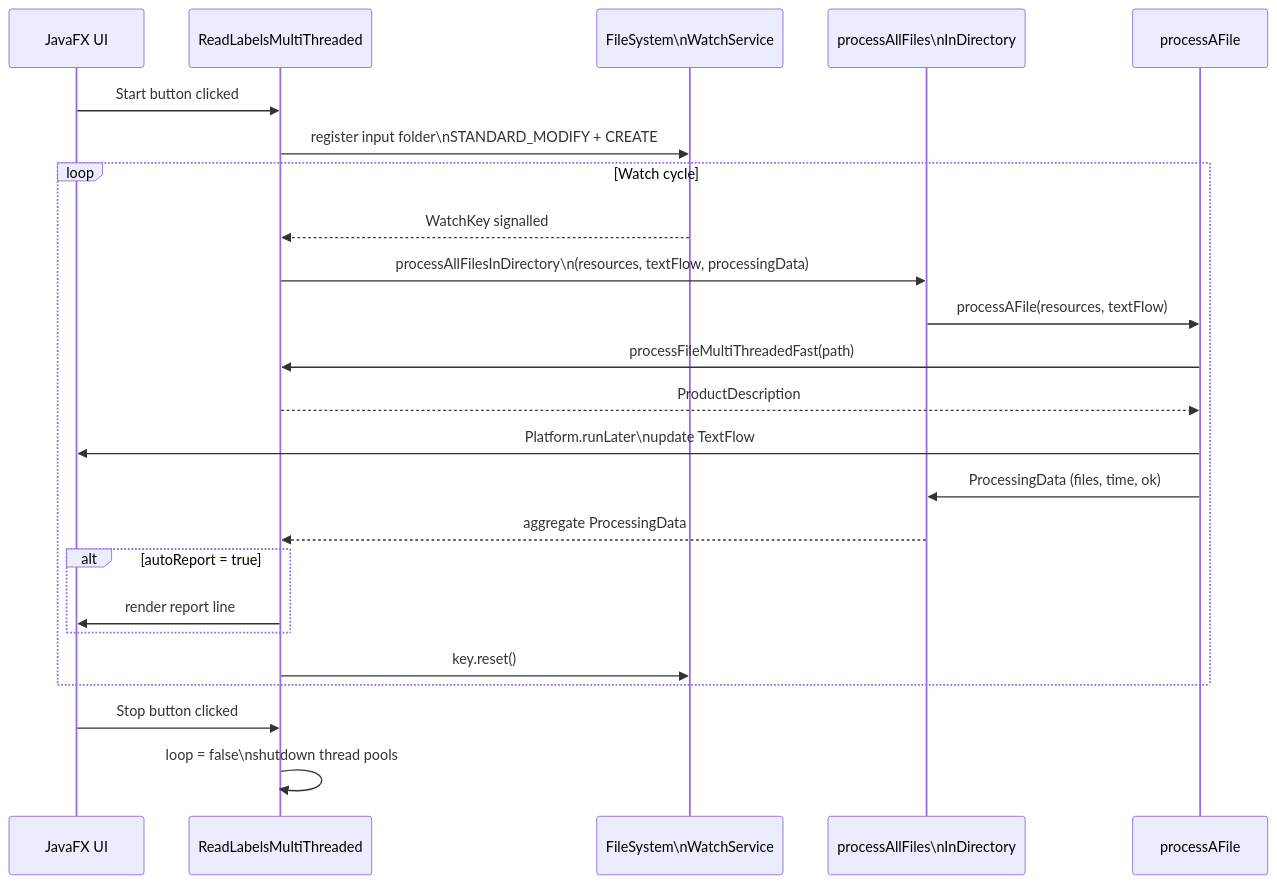
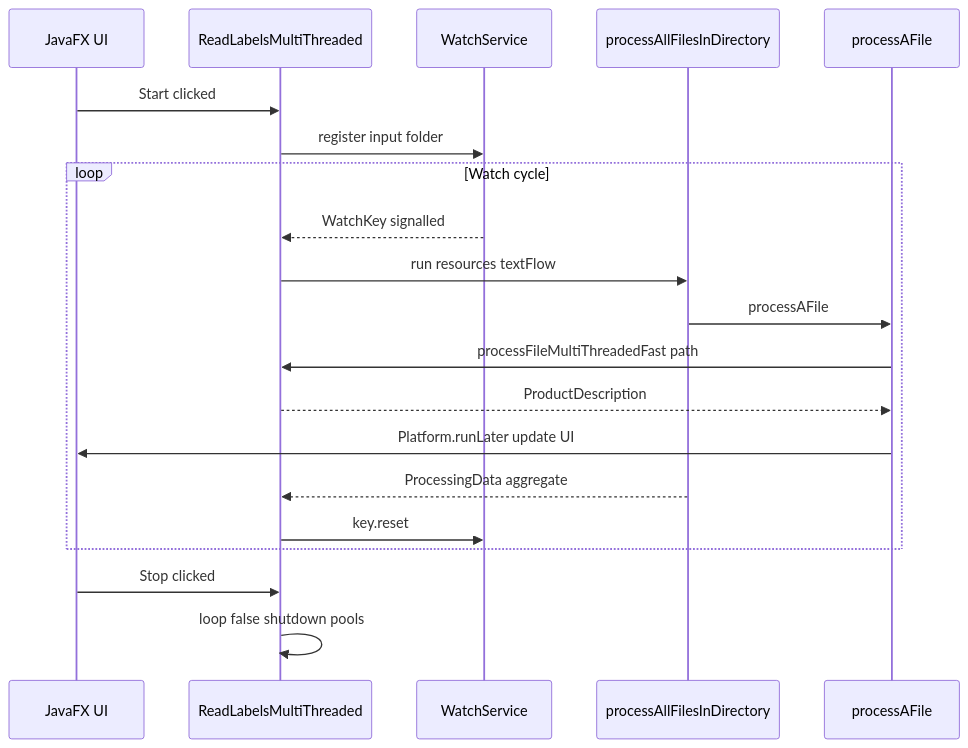
Diagram 11 of 13 in ReadMe.md (UBags/KitchenwarePackagingCompliance), drawn with Mermaid before and after one commit. The commit also changed other lines of this file, not shown here.

````diff
--- a/ReadMe.md
+++ b/ReadMe.md
@@ -701,27 +371,23 @@
 ```mermaid
 sequenceDiagram
     participant UI as JavaFX UI
     participant RLM as ReadLabelsMultiThreaded
-    participant FS as FileSystem\nWatchService
-    participant PAD as processAllFiles\nInDirectory
+    participant FS as WatchService
+    participant PAD as processAllFilesInDirectory
     participant PF as processAFile
 
-    UI->>RLM: Start button clicked
-    RLM->>FS: register input folder\nSTANDARD_MODIFY + CREATE
+    UI->>RLM: Start clicked
+    RLM->>FS: register input folder
     loop Watch cycle
         FS-->>RLM: WatchKey signalled
-        RLM->>PAD: processAllFilesInDirectory\n(resources, textFlow, processingData)
-        PAD->>PF: processAFile(resources, textFlow)
-        PF->>RLM: processFileMultiThreadedFast(path)
+        RLM->>PAD: run resources textFlow
+        PAD->>PF: processAFile
+        PF->>RLM: processFileMultiThreadedFast path
         RLM-->>PF: ProductDescription
-        PF->>UI: Platform.runLater\nupdate TextFlow
-        PF->>PAD: ProcessingData (files, time, ok)
-        PAD-->>RLM: aggregate ProcessingData
-        alt autoReport = true
-            RLM->>UI: render report line
-        end
-        RLM->>FS: key.reset()
+        PF->>UI: Platform.runLater update UI
+        PAD-->>RLM: ProcessingData aggregate
+        RLM->>FS: key.reset
     end
-    UI->>RLM: Stop button clicked
-    RLM->>RLM: loop = false\nshutdown thread pools
+    UI->>RLM: Stop clicked
+    RLM->>RLM: loop false shutdown pools
 ```
````
